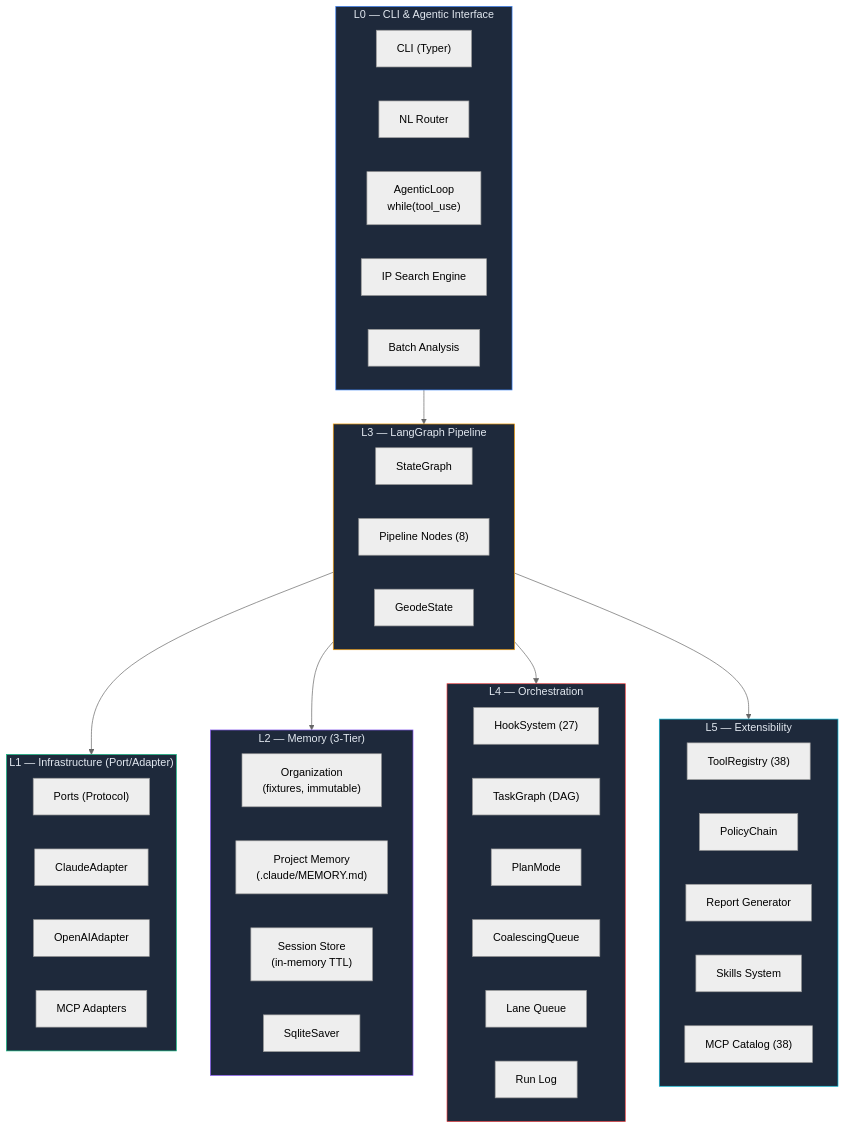
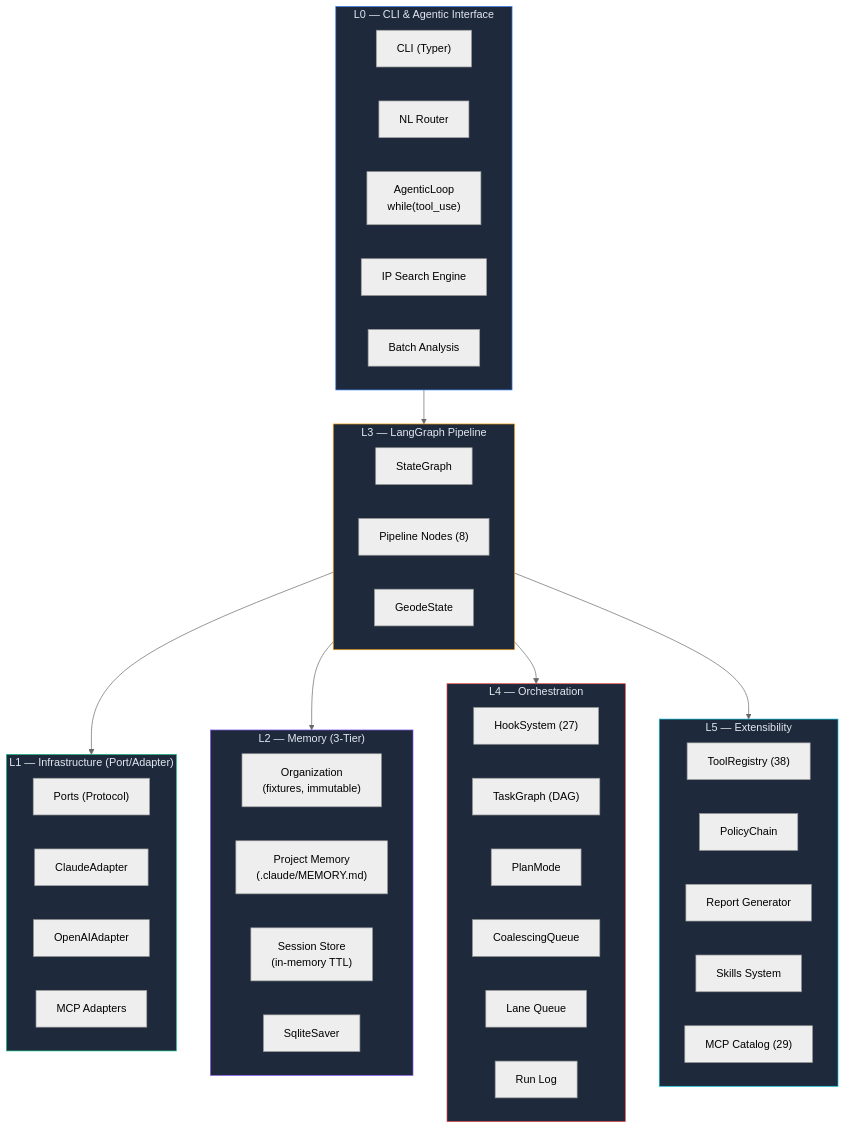
Before and after one commit to mangowhoiscloud/geode: the first of 15 diagrams in README.md, drawn with Mermaid (neutral theme). The commit also changed other lines of this file and 4 other files, not shown here.

First line of the commit message:
fix(docs): 정합성 검증 워크플로우 보강 + CHANGELOG/README/MCP 동기화

````diff
--- a/README.md
+++ b/README.md
@@ -61,60 +61,60 @@
 ```mermaid
 graph TB
     subgraph L0["L0 — CLI & Agentic Interface"]
         CLI["CLI (Typer)"]
         NLR["NL Router"]
         AL["AgenticLoop<br/>while(tool_use)"]
         Search["IP Search Engine"]
         Batch["Batch Analysis"]
     end
 
     subgraph L1["L1 — Infrastructure (Port/Adapter)"]
         direction LR
         Ports["Ports (Protocol)"]
         Claude["ClaudeAdapter"]
         OpenAI["OpenAIAdapter"]
         MCP["MCP Adapters"]
     end
 
     subgraph L2["L2 — Memory (3-Tier)"]
         Org["Organization<br/>(fixtures, immutable)"]
         Project["Project Memory<br/>(.claude/MEMORY.md)"]
         Session["Session Store<br/>(in-memory TTL)"]
         Checkpoint["SqliteSaver"]
     end
 
     subgraph L3["L3 — LangGraph Pipeline"]
         Graph["StateGraph"]
         Nodes["Pipeline Nodes (8)"]
         State["GeodeState"]
     end
 
     subgraph L4["L4 — Orchestration"]
         Hooks["HookSystem (27)"]
         Tasks["TaskGraph (DAG)"]
         Plan["PlanMode"]
         Coal["CoalescingQueue"]
         Lanes["Lane Queue"]
         RunLog["Run Log"]
     end
 
     subgraph L5["L5 — Extensibility"]
         Tools["ToolRegistry (38)"]
         Policy["PolicyChain"]
         Reports["Report Generator"]
         Skills["Skills System"]
-        MCPCat["MCP Catalog (38)"]
+        MCPCat["MCP Catalog (29)"]
     end
 
     L0 --> L3
     L3 --> L1
     L3 --> L2
     L3 --> L4
     L3 --> L5
     style L0 fill:#1e293b,stroke:#3b82f6,color:#e2e8f0
     style L1 fill:#1e293b,stroke:#10b981,color:#e2e8f0
     style L2 fill:#1e293b,stroke:#8b5cf6,color:#e2e8f0
     style L3 fill:#1e293b,stroke:#f59e0b,color:#e2e8f0
     style L4 fill:#1e293b,stroke:#ef4444,color:#e2e8f0
     style L5 fill:#1e293b,stroke:#06b6d4,color:#e2e8f0
 ```
````
